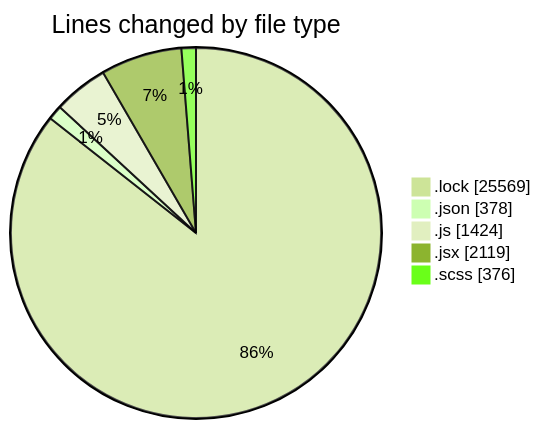
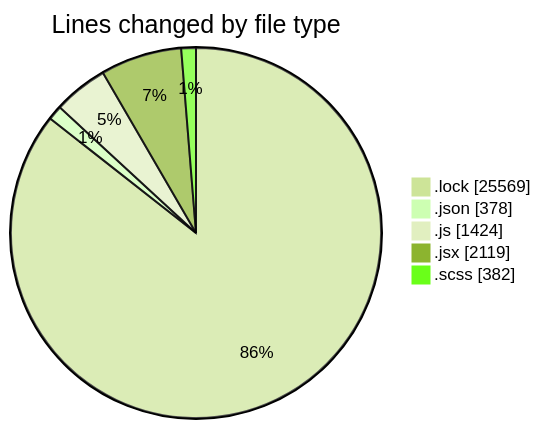
One commit to momahboobian/code-tracking changed the first of 2 diagrams in 2026-01-07/cda/README.md. Above: the diagram before and after it, drawn with Mermaid (forest theme). The commit also changed other lines of this file and 1 other file, not shown here.

````diff
--- a/2026-01-07/cda/README.md
+++ b/2026-01-07/cda/README.md
@@ -50,9 +50,9 @@
 ```mermaid
 pie showData
 title Lines changed by file type
 ".lock" : 25569
 ".json" : 378
 ".js" : 1424
 ".jsx" : 2119
-".scss" : 376
+".scss" : 382
 ```
````
